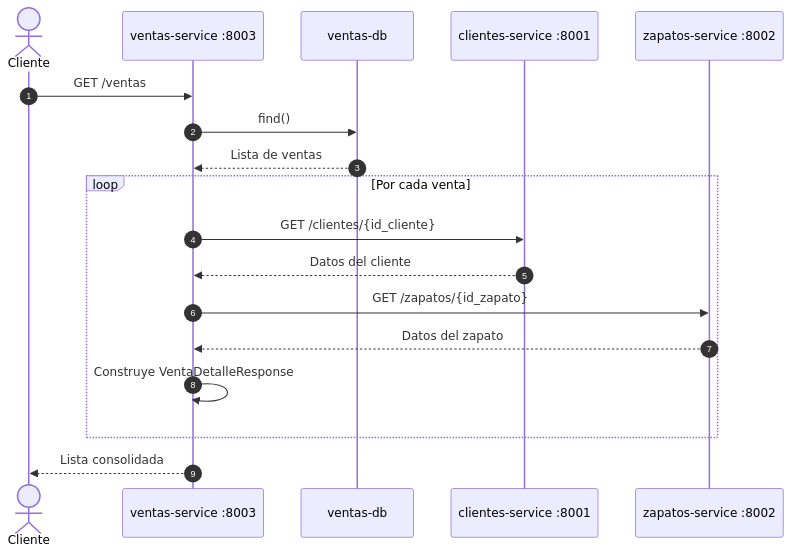
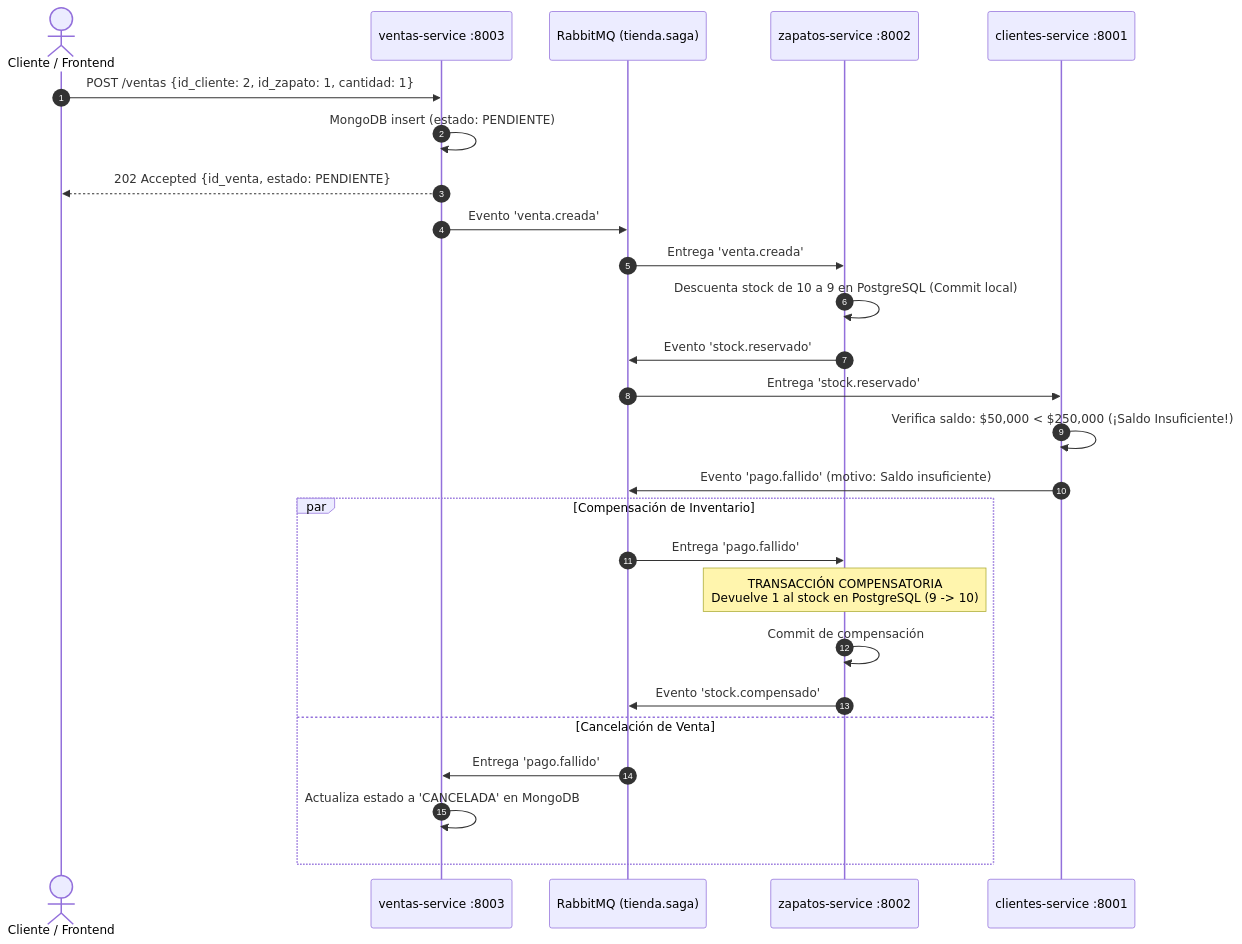
Before and after one commit to JuanesCCXLV/Tiendazapatos: the third of 3 diagrams in docs/arquitectura.md, drawn with Mermaid. The commit also changed other lines of this file and 15 other files, not shown here.

Commit message:
Implementar patron Saga coreografiada con RabbitMQ

````diff
--- a/docs/arquitectura.md
+++ b/docs/arquitectura.md
@@ -136,23 +101,32 @@
 ```mermaid
 sequenceDiagram
     autonumber
-    actor Cliente as Cliente
+    actor C as Cliente / Frontend
     participant V as ventas-service :8003
-    participant DB as ventas-db
-    participant C as clientes-service :8001
+    participant MQ as RabbitMQ (tienda.saga)
     participant Z as zapatos-service :8002
+    participant CL as clientes-service :8001
 
-    Cliente->>V: GET /ventas
-    V->>DB: find()
-    DB-->>V: Lista de ventas
+    C->>V: POST /ventas {id_cliente: 2, id_zapato: 1, cantidad: 1}
+    V->>V: MongoDB insert (estado: PENDIENTE)
+    V-->>C: 202 Accepted {id_venta, estado: PENDIENTE}
+    V->>MQ: Evento 'venta.creada'
+    
+    MQ->>Z: Entrega 'venta.creada'
+    Z->>Z: Descuenta stock de 10 a 9 en PostgreSQL (Commit local)
+    Z->>MQ: Evento 'stock.reservado'
 
-    loop Por cada venta
-        V->>C: GET /clientes/{id_cliente}
-        C-->>V: Datos del cliente
-        V->>Z: GET /zapatos/{id_zapato}
-        Z-->>V: Datos del zapato
-        V->>V: Construye VentaDetalleResponse
+    MQ->>CL: Entrega 'stock.reservado'
+    CL->>CL: Verifica saldo: $50,000 < $250,000 (¡Saldo Insuficiente!)
+    CL->>MQ: Evento 'pago.fallido' (motivo: Saldo insuficiente)
+
+    par Compensación de Inventario
+        MQ->>Z: Entrega 'pago.fallido'
+        Note over Z: TRANSACCIÓN COMPENSATORIA<br/>Devuelve 1 al stock en PostgreSQL (9 -> 10)
+        Z->>Z: Commit de compensación
+        Z->>MQ: Evento 'stock.compensado'
+    and Cancelación de Venta
+        MQ->>V: Entrega 'pago.fallido'
+        V->>V: Actualiza estado a 'CANCELADA' en MongoDB
     end
-
-    V-->>Cliente: Lista consolidada
 ```
````
